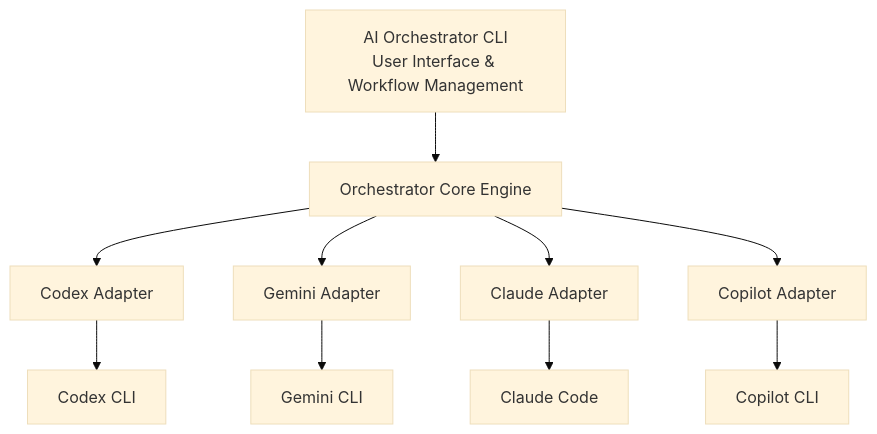
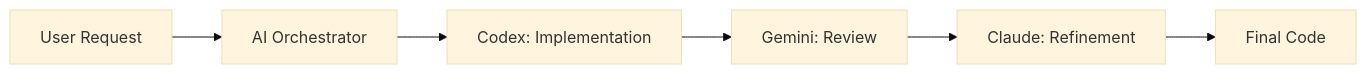
Before and after one commit to hoangsonww/AI-Agents-Orchestrator: the first of 2 diagrams in README.md, drawn with Mermaid (base theme). The commit also changed other lines of this file and 58 other files, not shown here.

First line of the commit message:
feat: add mermaid architecture chart and fix all linting errors

````diff
--- a/README.md
+++ b/README.md
@@ -32,23 +41,8 @@
 ```mermaid
-graph TD
-    A[AI Orchestrator CLI<br/>User Interface & Workflow Management]
-    B[Orchestrator Core Engine]
-    C[Codex Adapter]
-    D[Gemini Adapter]
-    E[Claude Adapter]
-    F[Copilot Adapter]
-    G[Codex CLI]
-    H[Gemini CLI]
-    I[Claude Code]
-    J[Copilot CLI]
-    
-    A --> B
-    B --> C
-    B --> D
-    B --> E
-    B --> F
-    C --> G
-    D --> H
-    E --> I
-    F --> J
+graph LR
+    A[User Request] --> B[AI Orchestrator]
+    B --> C[Codex: Implementation]
+    C --> D[Gemini: Review]
+    D --> E[Claude: Refinement]
+    E --> F[Final Code]
 ```
````
